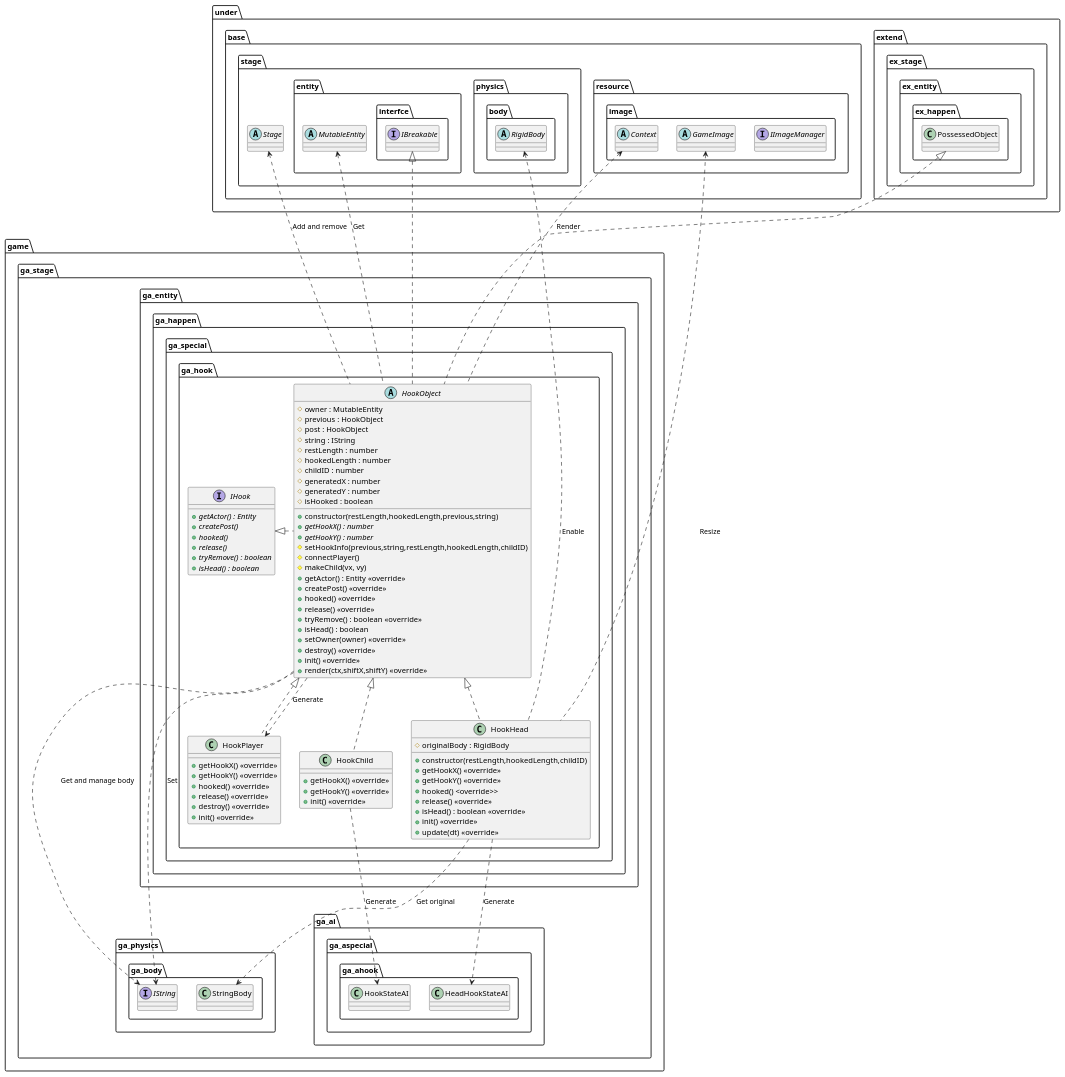
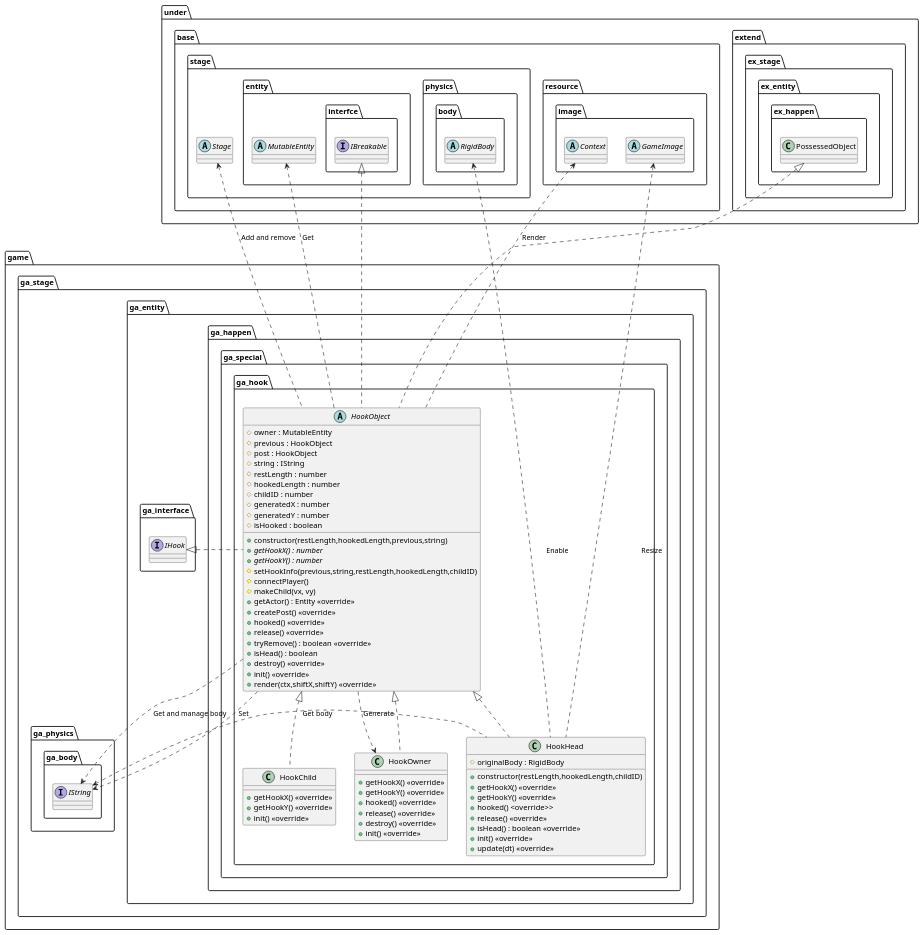
Before and after one commit to Expine/Under: the diagram in uml/entity/GameHook.wsd, drawn with PlantUML. The commit also changed 58 other files, not shown here.

Commit message:
Abstract owned entity and generating attack object

```diff
--- a/uml/entity/GameHook.wsd
+++ b/uml/entity/GameHook.wsd
@@ -1,149 +1,132 @@
 @startuml EntityGameHook
 package game {
     package ga_stage {
         package ga_entity {
             package ga_happen {
                 package ga_special {
                     package ga_hook {
-                        interface IHook {
-                            {abstract} +getActor() : Entity
-                            {abstract} +createPost()
-                            {abstract} +hooked()
-                            {abstract} +release()
-                            {abstract} +tryRemove() : boolean
-                            {abstract} +isHead() : boolean
-                        }
                         abstract HookObject {
                             +constructor(restLength,hookedLength,previous,string)
                             #owner : MutableEntity
                             #previous : HookObject
                             #post : HookObject
                             #string : IString
                             #restLength : number
                             #hookedLength : number
                             #childID : number
                             #generatedX : number
                             #generatedY : number
                             #isHooked : boolean
                             {abstract} +getHookX() : number
                             {abstract} +getHookY() : number
                             #setHookInfo(previous,string,restLength,hookedLength,childID)
                             #connectPlayer()
                             #makeChild(vx, vy)
                             +getActor() : Entity <<override>>
                             +createPost() <<override>>
                             +hooked() <<override>>
                             +release() <<override>>
                             +tryRemove() : boolean <<override>>
                             +isHead() : boolean
-                            +setOwner(owner) <<override>>
                             +destroy() <<override>>
                             +init() <<override>>
                             +render(ctx,shiftX,shiftY) <<override>>
                         }
                         class HookHead {
                             +constructor(restLength,hookedLength,childID)
                             #originalBody : RigidBody
                             +getHookX() <<override>>
                             +getHookY() <<override>>
                             +hooked() <override>>
                             +release() <<override>>
                             +isHead() : boolean <<override>>
                             +init() <<override>>
                             +update(dt) <<override>>
                         }
                         class HookChild {
                             +getHookX() <<override>>
                             +getHookY() <<override>>
                             +init() <<override>>
                         }
-                        class HookPlayer {
+                        class HookOwner {
                             +getHookX() <<override>>
                             +getHookY() <<override>>
                             +hooked() <<override>>
                             +release() <<override>>
                             +destroy() <<override>>
                             +init() <<override>>
                         }
                     }
                 }
             }
         }
     }
 }
 
 package under {
     package base {
         package resource {
             package image {
-                interface IImageManager
                 abstract Context
                 abstract GameImage
             }
         }
         package stage {
             abstract Stage
             package entity {
                 abstract MutableEntity
                 package interfce {
                     interface IBreakable
                 }
             }
             package physics {
                 package body {
                     abstract RigidBody
                 }
             }
         }
     }
     package extend {
         package ex_stage {
             package ex_entity {
                 package ex_happen {
                     class PossessedObject
                 }
             }
         }
     }
 }
 package game {
     package ga_stage {
-        package ga_ai {
-            package ga_aspecial {
-                package ga_ahook {
-                    class HookStateAI
-                    class HeadHookStateAI
-                }
+        package ga_entity {
+            package ga_interface {
+                interface IHook
             }
         }
         package ga_physics {
             package ga_body {
                 interface IString
-                class StringBody
             }
         }
     }
 }
 
 MutableEntity <.. HookObject : Get
 HookObject ..> IString: Get and manage body
-HookObject ..> HookPlayer : Generate
+HookObject ..> HookOwner : Generate
 Context <.. HookObject : Render
 Stage <.. HookObject : Add and remove
 
-HookHead ..> HeadHookStateAI : Generate
 GameImage <... HookHead : Resize
 HookObject ..> IString : Set
-HookHead ..> StringBody : Get original
 RigidBody <... HookHead : Enable
-
-HookChild ..> HookStateAI : Generate
+IString <. HookHead : Get body
 
 PossessedObject <|.. HookObject
 IBreakable <|.. HookObject
 IHook <|. HookObject
 HookObject <|.. HookHead
 HookObject <|.. HookChild
-HookObject <|.. HookPlayer
+HookObject <|.. HookOwner
 
 @enduml
```
